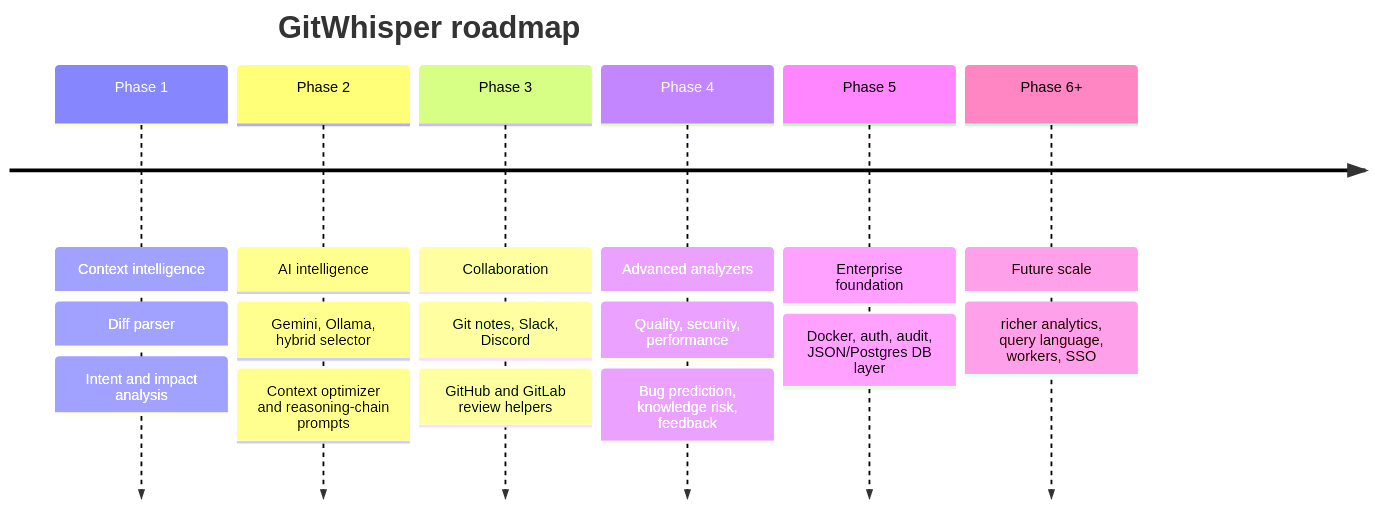
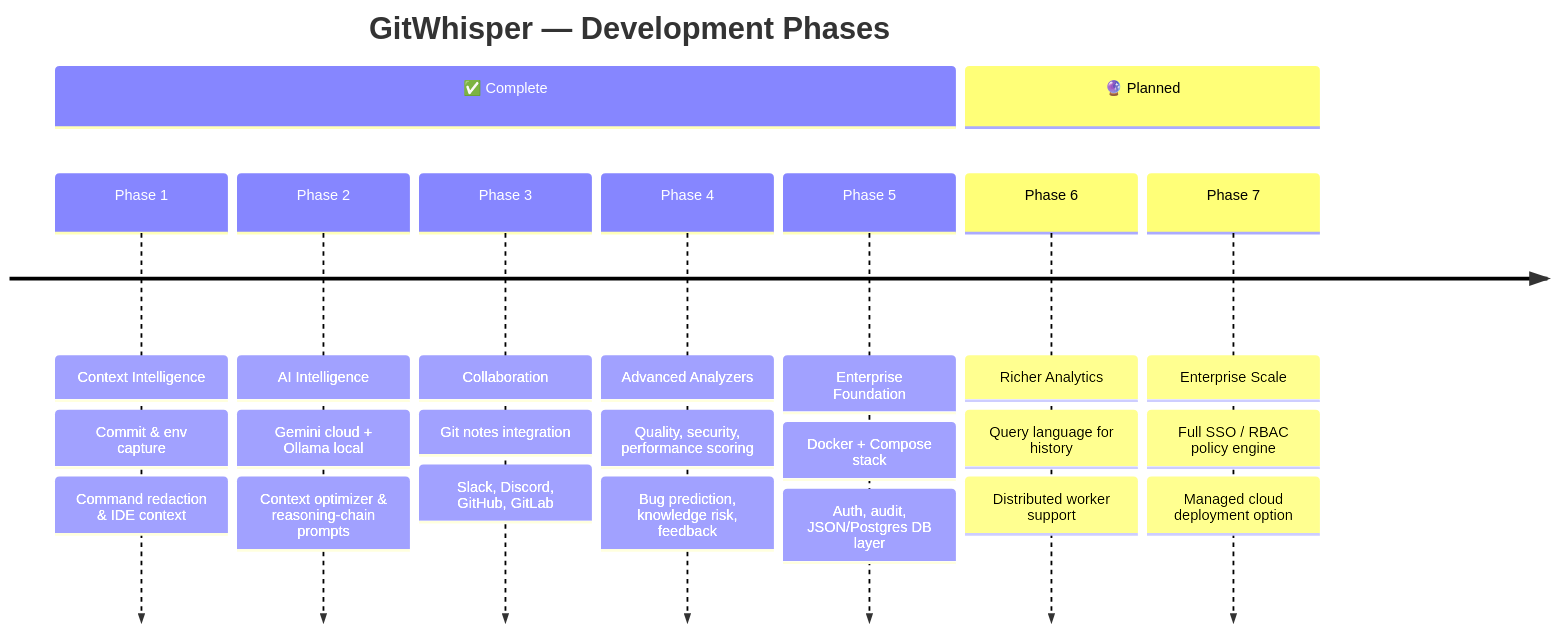
The diagram in README.md (SHREESHANTH99/GitWhisper), drawn with Mermaid before and after one commit. The commit also changed other lines of this file and 11 other files, not shown here.

First line of the commit message:
Add architecture layers diagram and multiple flowchart images for Django form modifications

````diff
--- a/README.md
+++ b/README.md
@@ -655,20 +469,29 @@
 ```mermaid
 timeline
-    title GitWhisper roadmap
-    Phase 1 : Context intelligence
-            : Diff parser
-            : Intent and impact analysis
-    Phase 2 : AI intelligence
-            : Gemini, Ollama, hybrid selector
-            : Context optimizer and reasoning-chain prompts
-    Phase 3 : Collaboration
-            : Git notes, Slack, Discord
-            : GitHub and GitLab review helpers
-    Phase 4 : Advanced analyzers
-            : Quality, security, performance
-            : Bug prediction, knowledge risk, feedback
-    Phase 5 : Enterprise foundation
-            : Docker, auth, audit, JSON/Postgres DB layer
-    Phase 6+ : Future scale
-            : richer analytics, query language, workers, SSO
+    title GitWhisper — Development Phases
+
+    section ✅ Complete
+        Phase 1 : Context Intelligence
+                : Commit & env capture
+                : Command redaction & IDE context
+        Phase 2 : AI Intelligence
+                : Gemini cloud + Ollama local
+                : Context optimizer & reasoning-chain prompts
+        Phase 3 : Collaboration
+                : Git notes integration
+                : Slack, Discord, GitHub, GitLab
+        Phase 4 : Advanced Analyzers
+                : Quality, security, performance scoring
+                : Bug prediction, knowledge risk, feedback
+        Phase 5 : Enterprise Foundation
+                : Docker + Compose stack
+                : Auth, audit, JSON/Postgres DB layer
+
+    section 🔮 Planned
+        Phase 6 : Richer Analytics
+                : Query language for history
+                : Distributed worker support
+        Phase 7 : Enterprise Scale
+                : Full SSO / RBAC policy engine
+                : Managed cloud deployment option
 ```
````
